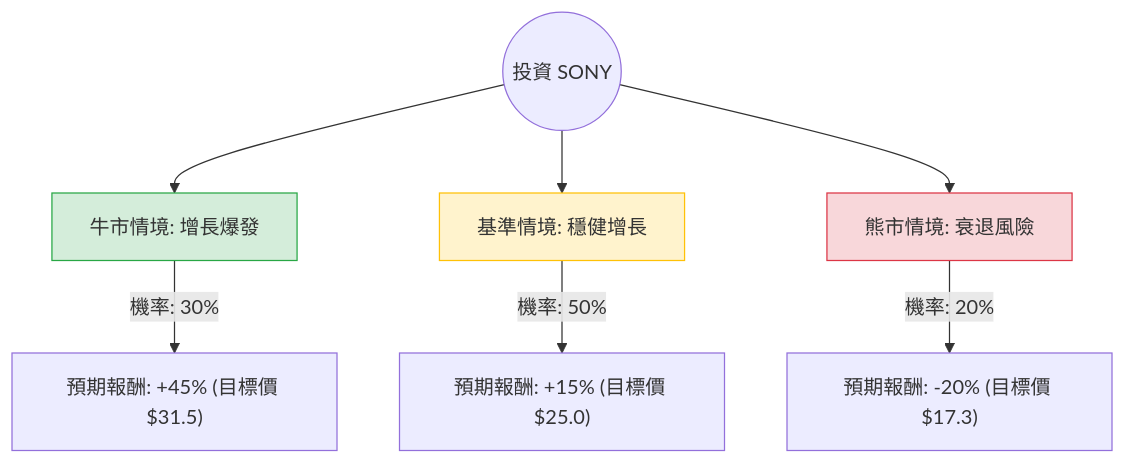
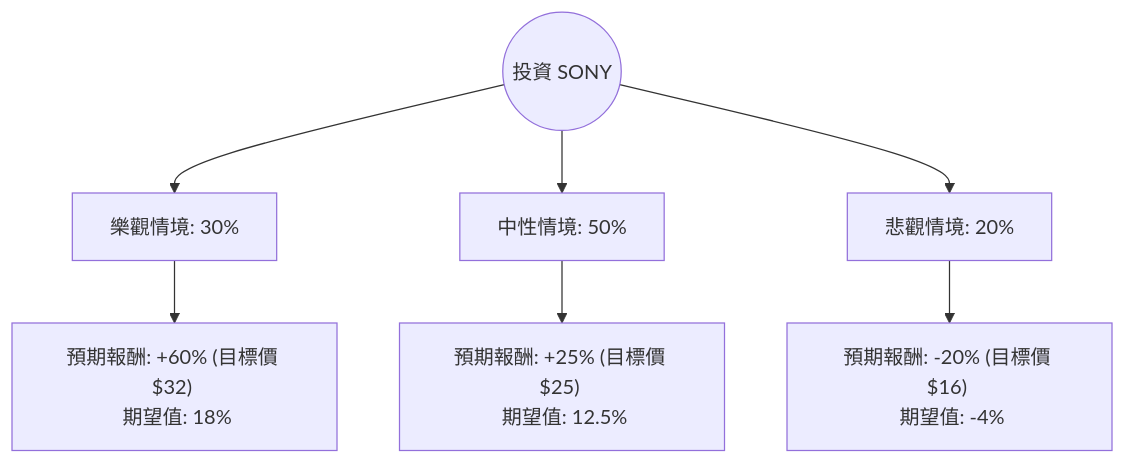
One commit to zmcx16/zmcx16.github.io changed the diagram in plugin-react/ai-analysis/ev-analysis/SONY.md. Above: the diagram before and after it, drawn with Mermaid. The commit also changed other lines of this file and 75 other files, not shown here.

````diff
--- a/plugin-react/ai-analysis/ev-analysis/SONY.md
+++ b/plugin-react/ai-analysis/ev-analysis/SONY.md
@@ -19,14 +21,10 @@
 ```mermaid
 graph TD
-    Start((投資 SONY)) --> Bull[牛市情境: 增長爆發]
-    Start --> Base[基準情境: 穩健增長]
-    Start --> Bear[熊市情境: 衰退風險]
+    Start((投資 SONY)) --> Bull[樂觀情境: 30%]
+    Start --> Base[中性情境: 50%]
+    Start --> Bear[悲觀情境: 20%]
 
-    Bull -- "機率: 30%" --> Bull_EV["預期報酬: +45% (目標價 $31.5)"]
-    Base -- "機率: 50%" --> Base_EV["預期報酬: +15% (目標價 $25.0)"]
-    Bear -- "機率: 20%" --> Bear_EV["預期報酬: -20% (目標價 $17.3)"]
-
-    style Bull fill:#d4edda,stroke:#28a745
-    style Base fill:#fff3cd,stroke:#ffc107
-    style Bear fill:#f8d7da,stroke:#dc3545
+    Bull --> Bull_EV["預期報酬: +60% (目標價 $32) <br> 期望值: 18%"]
+    Base --> Base_EV["預期報酬: +25% (目標價 $25) <br> 期望值: 12.5%"]
+    Bear --> Bear_EV["預期報酬: -20% (目標價 $16) <br> 期望值: -4%"]
 ```
````
